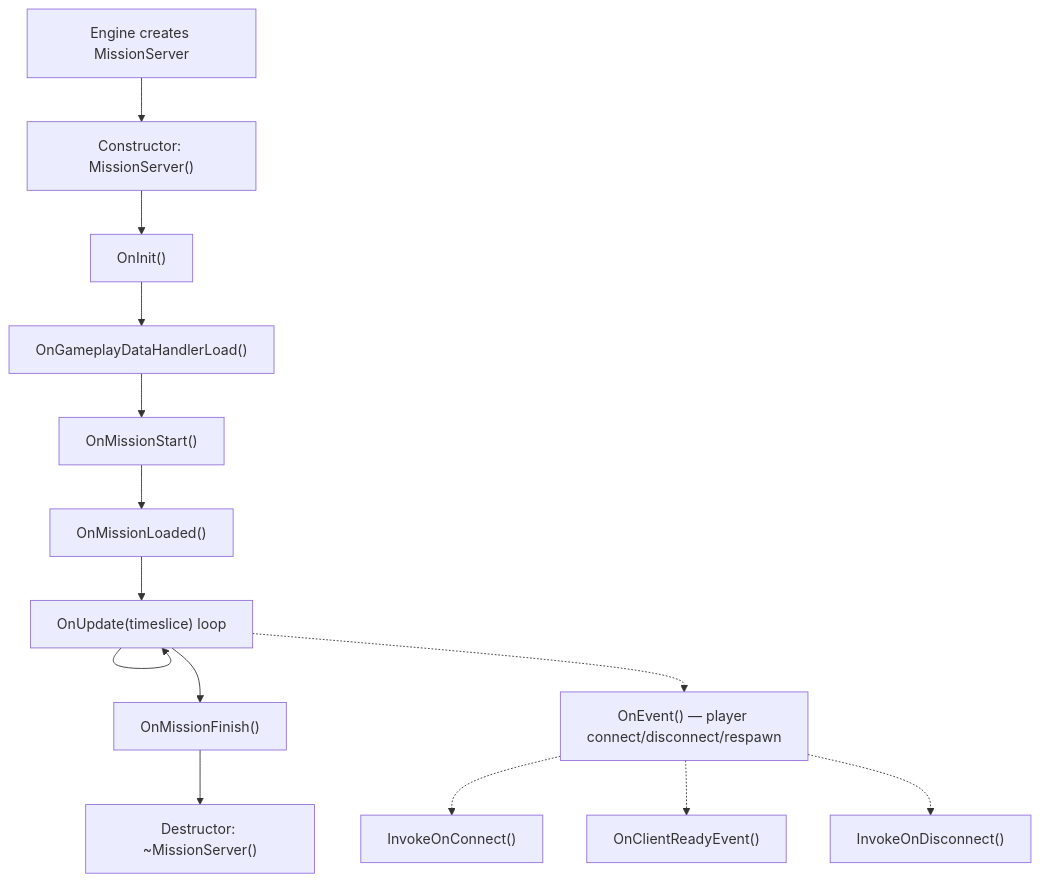
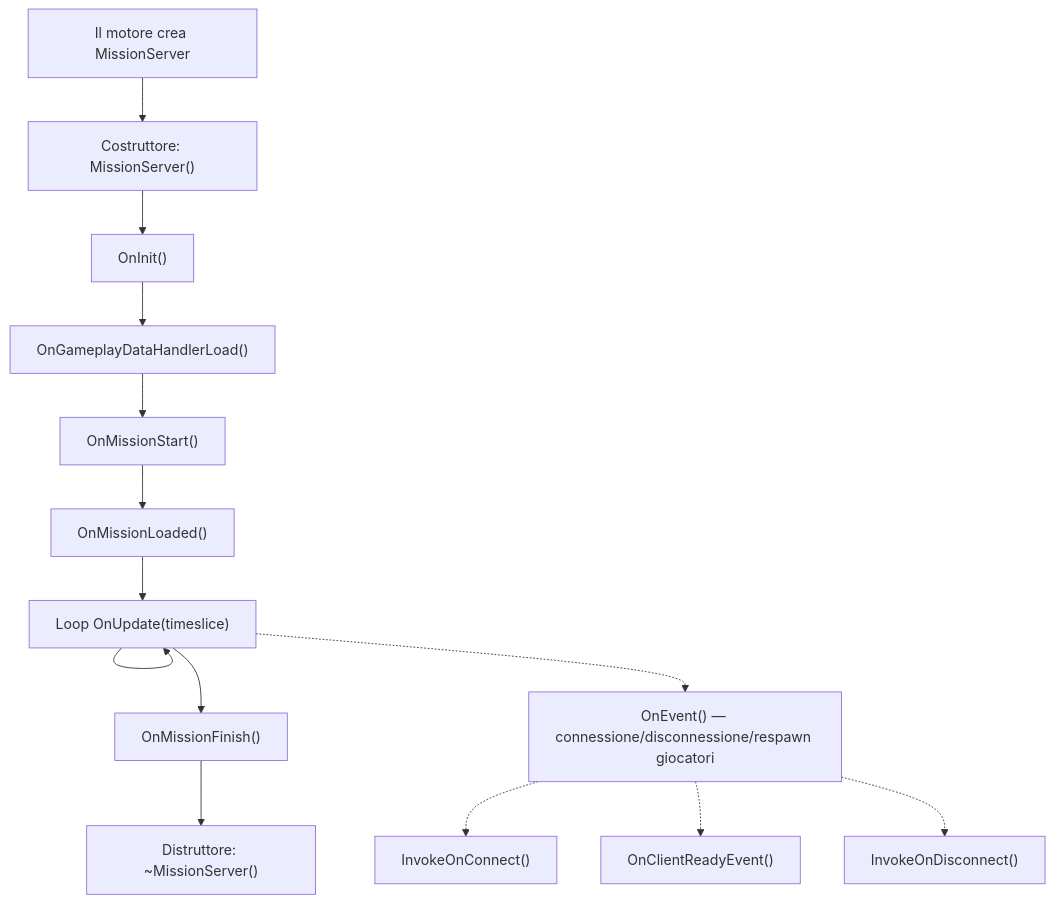
The first of 5 diagrams in it/06-engine-api/11-mission-hooks.md (StarDZ-Team/DayZ-Modding-Wiki), drawn with Mermaid before and after one commit. The commit also changed other lines of this file and 7 other files, not shown here.

````diff
--- a/it/06-engine-api/11-mission-hooks.md
+++ b/it/06-engine-api/11-mission-hooks.md
@@ -36,17 +36,17 @@
 ```mermaid
 flowchart TD
-    A["Engine creates MissionServer"] --> B["Constructor: MissionServer()"]
+    A["Il motore crea MissionServer"] --> B["Costruttore: MissionServer()"]
     B --> C["OnInit()"]
     C --> D["OnGameplayDataHandlerLoad()"]
     D --> E["OnMissionStart()"]
     E --> F["OnMissionLoaded()"]
-    F --> G["OnUpdate(timeslice) loop"]
+    F --> G["Loop OnUpdate(timeslice)"]
     G --> G
     G --> H["OnMissionFinish()"]
-    H --> I["Destructor: ~MissionServer()"]
+    H --> I["Distruttore: ~MissionServer()"]
 
-    G -.-> J["OnEvent() — player connect/disconnect/respawn"]
+    G -.-> J["OnEvent() — connessione/disconnessione/respawn giocatori"]
     J -.-> K["InvokeOnConnect()"]
     J -.-> L["OnClientReadyEvent()"]
     J -.-> M["InvokeOnDisconnect()"]
 ```
````
